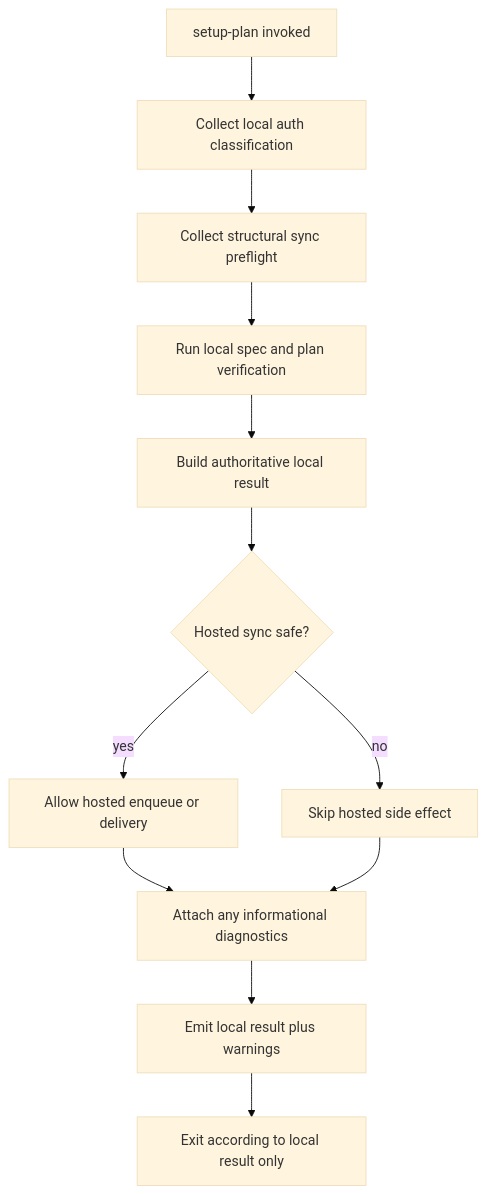
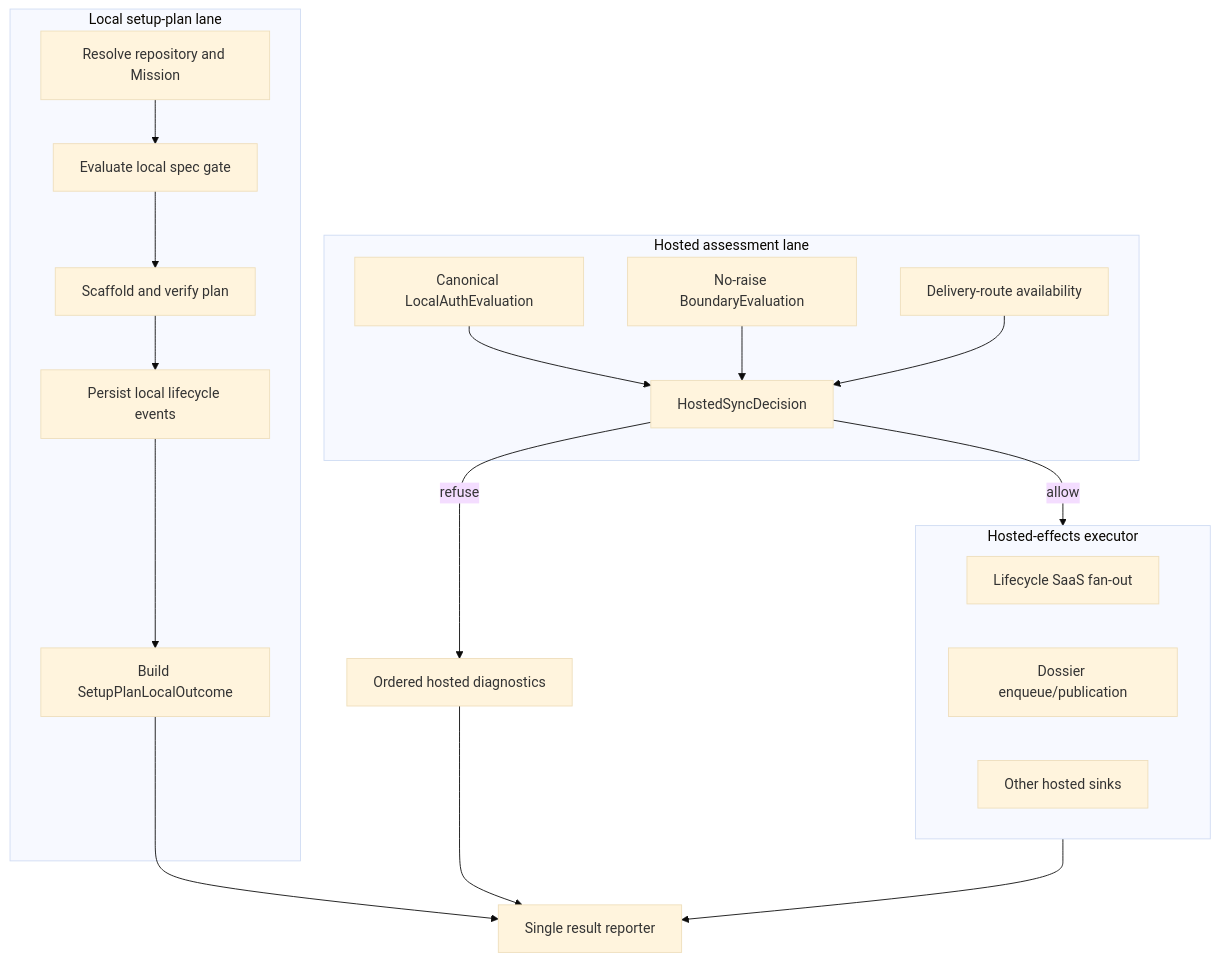
Before and after one commit to Priivacy-ai/spec-kitty: the diagram in kitty-specs/setup-plan-auth-diagnostics-nonfatal-01M0QEAD/plan.md, drawn with Mermaid (base theme). The commit also changed other lines of this file and 5 other files, not shown here.

Commit message:
Rewrite issue 3621 architecture and contracts

````diff
--- a/kitty-specs/setup-plan-auth-diagnostics-nonfatal-01M0QEAD/plan.md
+++ b/kitty-specs/setup-plan-auth-diagnostics-nonfatal-01M0QEAD/plan.md
@@ -53,14 +78,33 @@
 ```mermaid
-flowchart TD
-    A[setup-plan invoked] --> B[Collect local auth classification]
-    B --> C[Collect structural sync preflight]
-    C --> D[Run local spec and plan verification]
-    D --> E[Build authoritative local result]
-    E --> F{Hosted sync safe?}
-    F -- yes --> G[Allow hosted enqueue or delivery]
-    F -- no --> H[Skip hosted side effect]
-    G --> I[Attach any informational diagnostics]
-    H --> I
-    I --> J[Emit local result plus warnings]
-    J --> K[Exit according to local result only]
+flowchart TB
+    subgraph LocalLane[Local setup-plan lane]
+        Resolve[Resolve repository and Mission]
+        SpecGate[Evaluate local spec gate]
+        PlanWork[Scaffold and verify plan]
+        LocalEvents[Persist local lifecycle events]
+        LocalOutcome[Build SetupPlanLocalOutcome]
+        Resolve --> SpecGate --> PlanWork --> LocalEvents --> LocalOutcome
+    end
+
+    subgraph AssessmentLane[Hosted assessment lane]
+        Auth[Canonical LocalAuthEvaluation]
+        Boundary[No-raise BoundaryEvaluation]
+        Route[Delivery-route availability]
+        Decision[HostedSyncDecision]
+        Auth --> Decision
+        Boundary --> Decision
+        Route --> Decision
+    end
+
+    subgraph Effects[Hosted-effects executor]
+        LifecycleFanout[Lifecycle SaaS fan-out]
+        Dossier[Dossier enqueue/publication]
+        Other[Other hosted sinks]
+    end
+
+    Decision -->|allow| Effects
+    Decision -->|refuse| Diagnostics[Ordered hosted diagnostics]
+    LocalOutcome --> Reporter[Single result reporter]
+    Diagnostics --> Reporter
+    Effects --> Reporter
 ```
````
